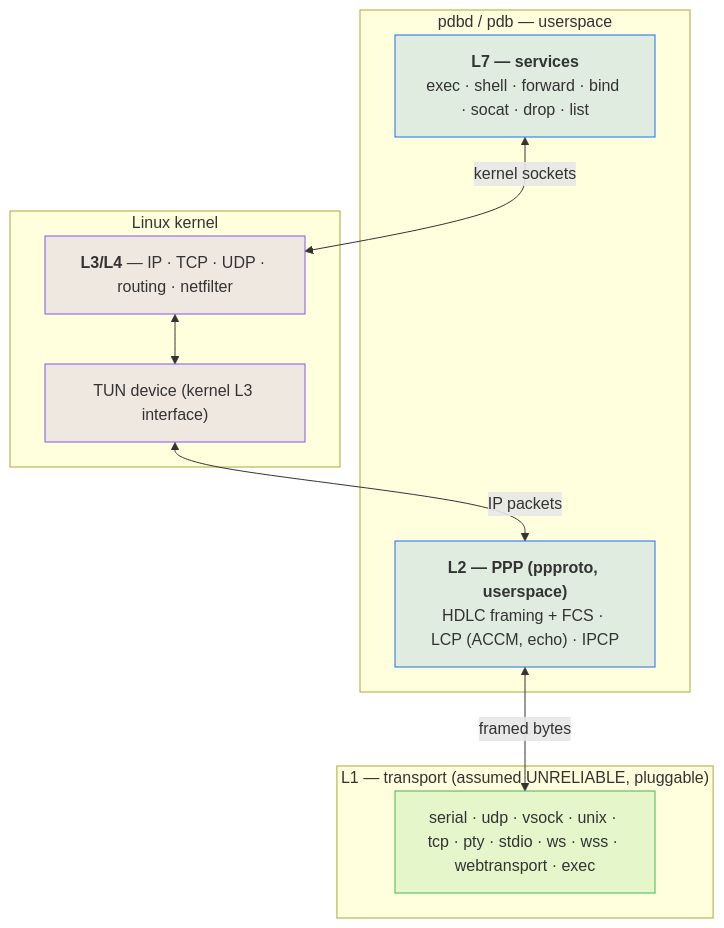
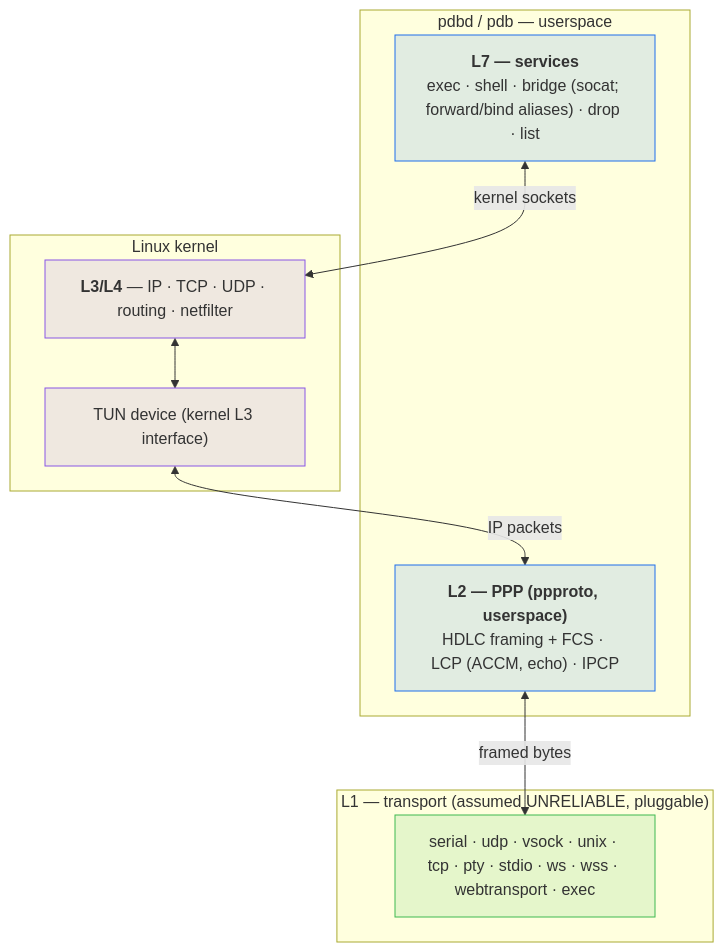
The first of 4 diagrams in README.md (sw2m/pdbd), drawn with Mermaid before and after one commit. The commit also changed other lines of this file, not shown here.

````diff
--- a/README.md
+++ b/README.md
@@ -36,26 +36,26 @@
 ```mermaid
 flowchart TB
     subgraph app["pdbd / pdb — userspace"]
-        L7["<b>L7 — services</b><br/>exec · shell · forward · bind · socat · drop · list"]
+        L7["<b>L7 — services</b><br/>exec · shell · bridge (socat; forward/bind aliases) · drop · list"]
         L2["<b>L2 — PPP (ppproto, userspace)</b><br/>HDLC framing + FCS · LCP (ACCM, echo) · IPCP"]
     end
     subgraph kern["Linux kernel"]
         L34["<b>L3/L4</b> — IP · TCP · UDP · routing · netfilter"]
         TUN["TUN device (kernel L3 interface)"]
     end
     subgraph wire["L1 — transport (assumed UNRELIABLE, pluggable)"]
         T["serial · udp · vsock · unix · tcp · pty · stdio · ws · wss · webtransport · exec"]
     end
 
     L7 <-->|kernel sockets| L34
     L34 <--> TUN
     TUN <-->|IP packets| L2
     L2 <-->|framed bytes| T
 
     classDef own fill:#1f6feb22,stroke:#1f6feb;
     classDef k fill:#8957e522,stroke:#8957e5;
     classDef w fill:#3fb95022,stroke:#3fb950;
     class L7,L2 own;
     class L34,TUN k;
     class T w;
 ```
````
